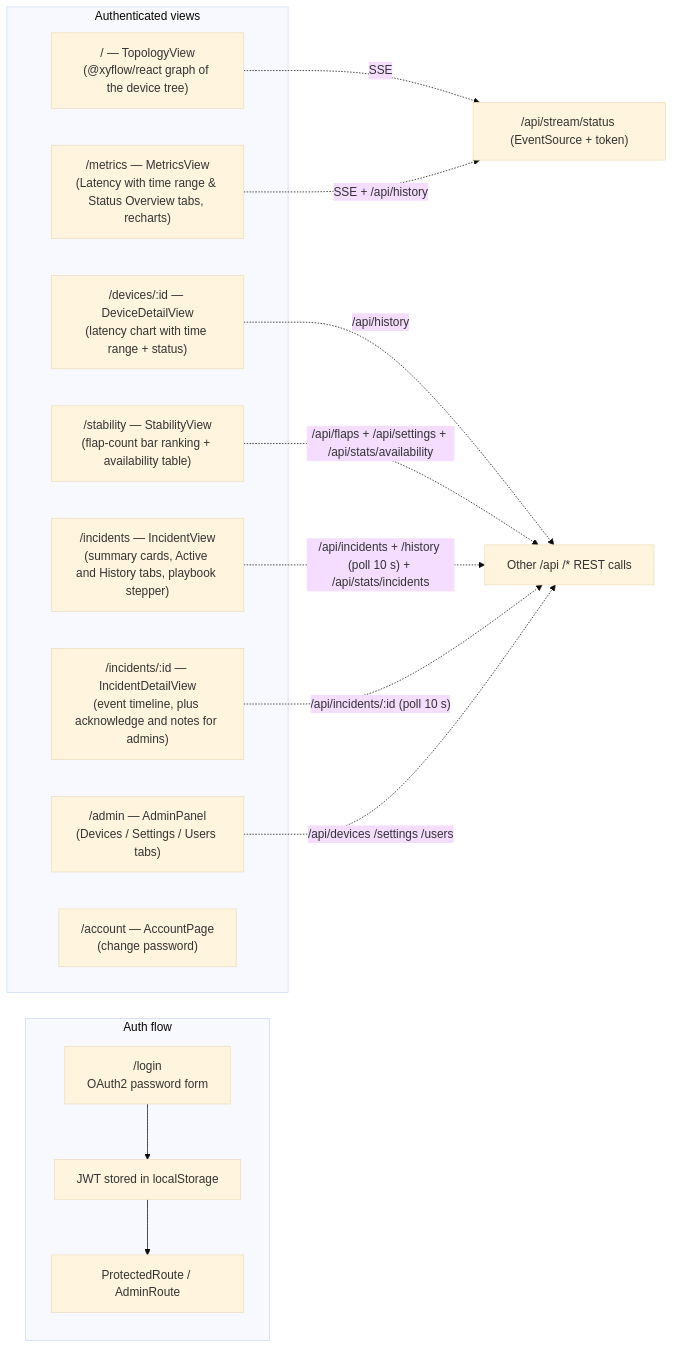
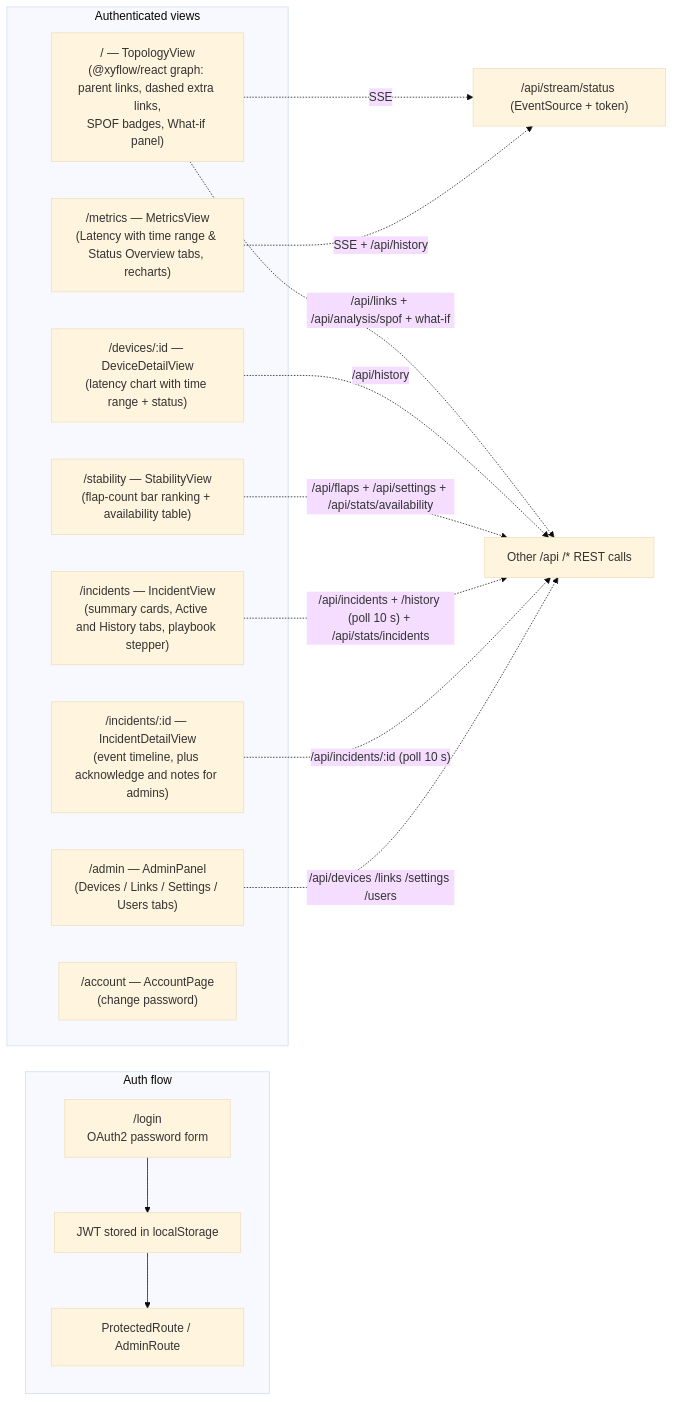
One commit to dumbL4d/network-analyser changed the seventh of 10 diagrams in README.md. Above: the diagram before and after it, drawn with Mermaid (base theme). The commit also changed other lines of this file and 28 other files, not shown here.

First line of the commit message:
feat: add redundant links, SPOF analysis and what-if simulation

````diff
--- a/README.md
+++ b/README.md
@@ -537,26 +569,27 @@
 ```mermaid
 flowchart LR
     subgraph Auth["Auth flow"]
         LOGIN["/login<br/>OAuth2 password form"] --> JWT["JWT stored in localStorage"]
         JWT --> PROD["ProtectedRoute / AdminRoute"]
     end
 
     subgraph Views["Authenticated views"]
-        T["/ — TopologyView<br/>(@xyflow/react graph of the device tree)"]
+        T["/ — TopologyView<br/>(@xyflow/react graph: parent links, dashed extra links,<br/>SPOF badges, What-if panel)"]
         D["/devices/:id — DeviceDetailView<br/>(latency chart with time range + status)"]
         M["/metrics — MetricsView<br/>(Latency with time range & Status Overview tabs, recharts)"]
         S["/stability — StabilityView<br/>(flap-count bar ranking + availability table)"]
         I["/incidents — IncidentView<br/>(summary cards, Active and History tabs, playbook stepper)"]
         IDV["/incidents/:id — IncidentDetailView<br/>(event timeline, plus acknowledge and notes for admins)"]
-        A["/admin — AdminPanel<br/>(Devices / Settings / Users tabs)"]
+        A["/admin — AdminPanel<br/>(Devices / Links / Settings / Users tabs)"]
         C["/account — AccountPage<br/>(change password)"]
     end
 
     T -. SSE .-> STREAM["/api/stream/status (EventSource + token)"]
+    T -. "/api/links + /api/analysis/spof + what-if" .-> REST
     M -. SSE + /api/history .-> STREAM
     D -. /api/history .-> REST["Other /api /* REST calls"]
     S -. "/api/flaps + /api/settings + /api/stats/availability" .-> REST
     I -. "/api/incidents + /history (poll 10 s) + /api/stats/incidents" .-> REST
     IDV -. "/api/incidents/:id (poll 10 s)" .-> REST
-    A -. /api/devices /settings /users .-> REST
+    A -. "/api/devices /links /settings /users" .-> REST
 ```
````
